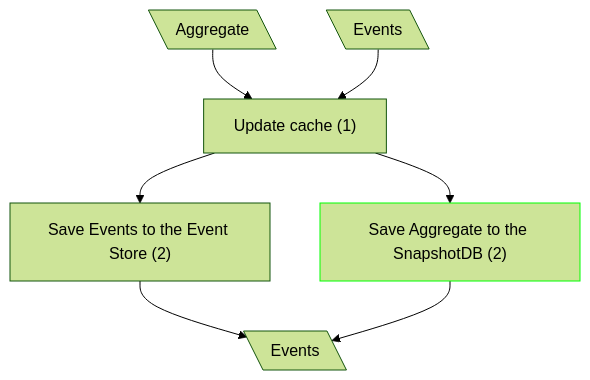
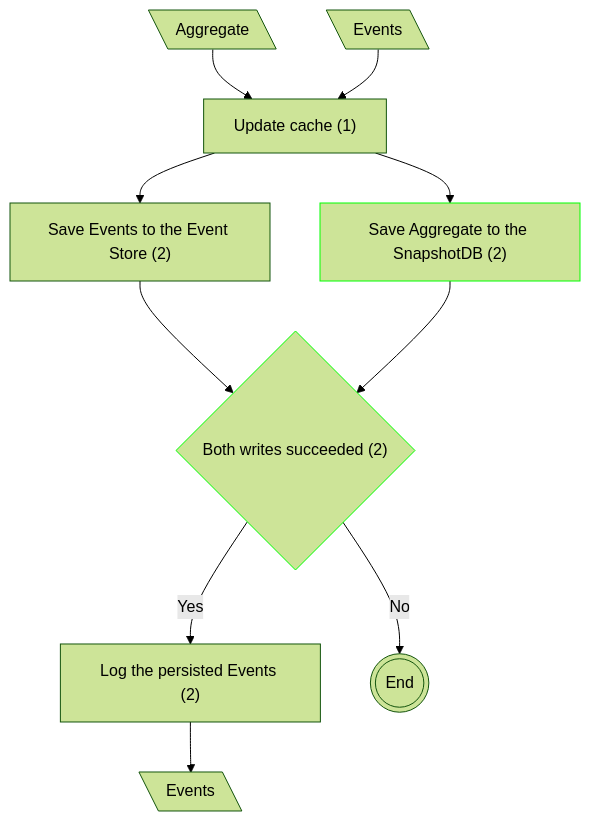
The second of 2 diagrams in docs/CF Complexity/Canonical CQRS -> mCQRS/create.md (dmitryhruzin/CQRS-variations-test), drawn with Mermaid (forest theme) before and after one commit. The commit also changed other lines of this file and 21 other files, not shown here.

````diff
--- a/docs/CF Complexity/Canonical CQRS -> mCQRS/create.md
+++ b/docs/CF Complexity/Canonical CQRS -> mCQRS/create.md
@@ -18,12 +19,15 @@
 ```mermaid
 flowchart TD
   classDef mod stroke:#0f0
   A1@{ shape: lean-l, label: "Aggregate" }
   A2@{ shape: lean-l, label: "Events" }
   A1 --> B["Update cache (1)"]
   A2 --> B
   B --> C["Save Events to the Event Store (2)"]
   B --> D["Save Aggregate to the SnapshotDB (2)"]:::mod
-  C --> E@{ shape: lean-l, label: "Events" }
-  D --> E
+  C --> CF{"Both writes succeeded (2)"}:::mod
+  D --> CF
+  CF --Yes--> L["Log the persisted Events (2)"]
+  CF --"No"--> X@{ shape: dbl-circ, label: "End" }
+  L --> E@{ shape: lean-l, label: "Events" }
 ```
````
